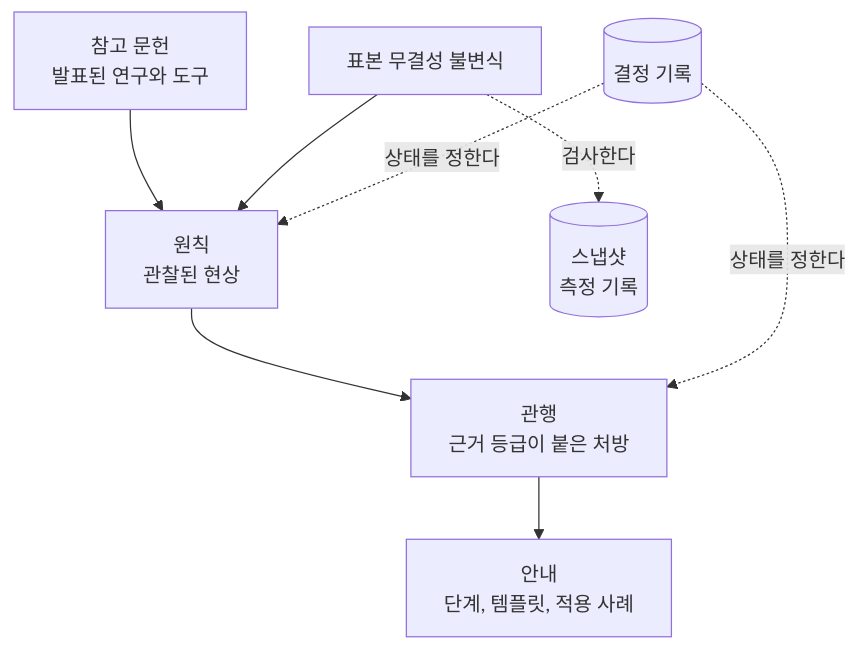
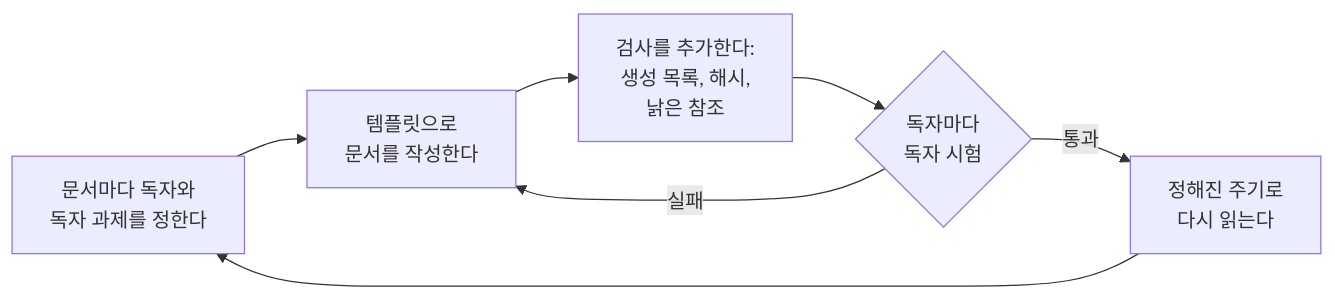
One commit to dalsoop/stable-agent-documentation-guidebook changed the first of 2 diagrams in README.ko.md. Above: the diagram before and after it, drawn with Mermaid. The commit also changed other lines of this file and 8 other files, not shown here.

````diff
--- a/README.ko.md
+++ b/README.ko.md
@@ -10,10 +19,9 @@
 ```mermaid
-flowchart TB
-  REF["참고 문헌<br/>발표된 연구와 도구"] --> P
-  INV["표본 무결성 불변식"] --> P["원칙<br/>관찰된 현상"]
-  P --> R["관행<br/>근거 등급이 붙은 처방"]
-  R --> G["안내<br/>단계, 템플릿, 적용 사례"]
-  DEC[("결정 기록")] -.->|상태를 정한다| P
-  DEC -.->|상태를 정한다| R
-  INV -.->|검사한다| SNAP[("스냅샷<br/>측정 기록")]
+flowchart LR
+  A["문서마다 독자와<br/>독자 과제를 정한다"] --> B["템플릿으로<br/>문서를 작성한다"]
+  B --> C["검사를 추가한다:<br/>생성 목록, 해시,<br/>낡은 참조"]
+  C --> D{"독자마다<br/>독자 시험"}
+  D -->|실패| B
+  D -->|통과| E["정해진 주기로<br/>다시 읽는다"]
+  E --> A
 ```
````
